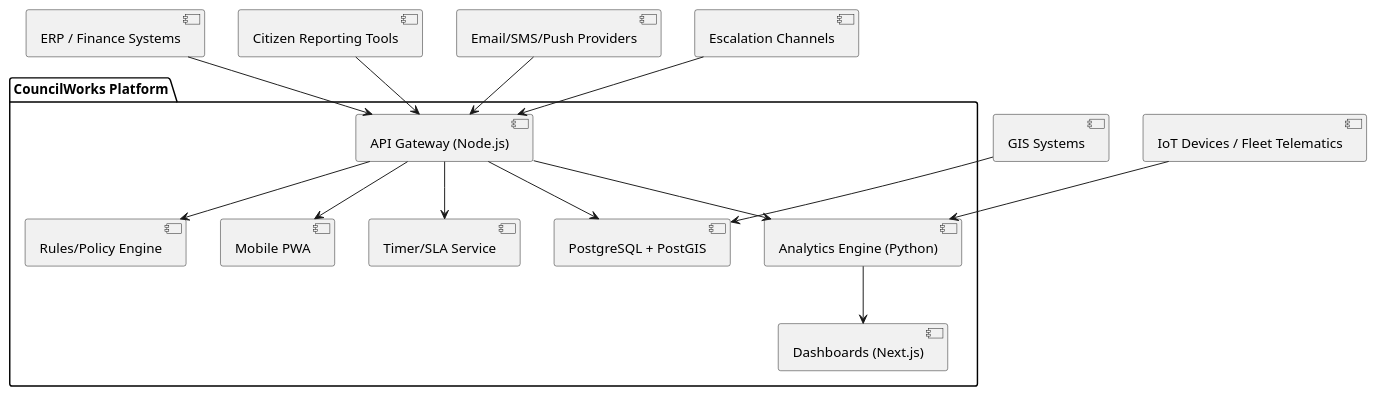
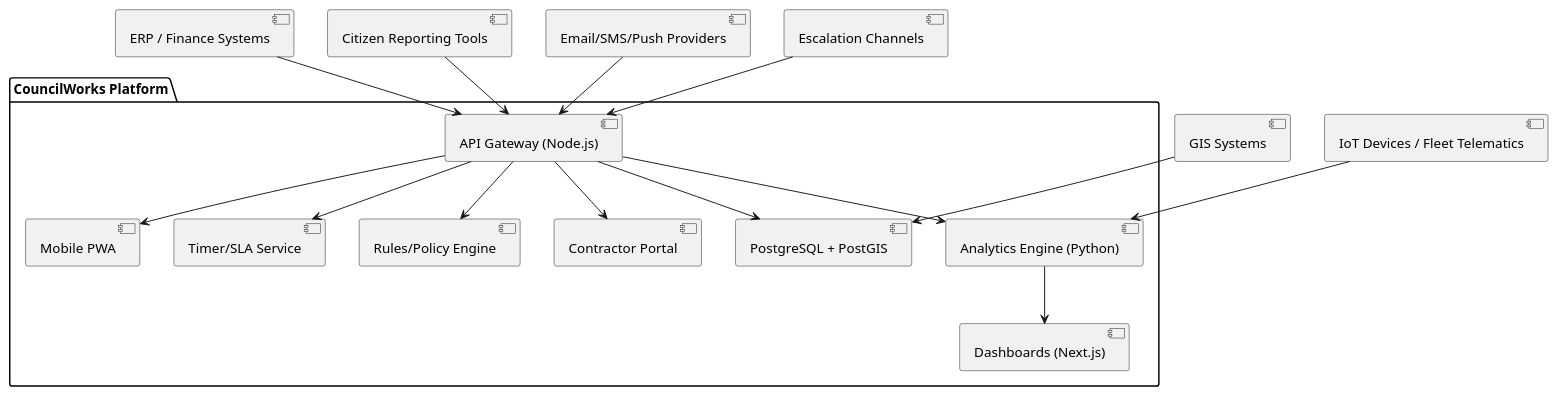
Before and after one commit to Duds/CouncilWorks: the first of 2 diagrams in docs/architecture/SAD.md, drawn with PlantUML. The commit also changed other lines of this file and 1 other file, not shown here.

````diff
--- a/docs/architecture/SAD.md
+++ b/docs/architecture/SAD.md
@@ -96,19 +97,20 @@
 ```puml
 @startuml
 package "CouncilWorks Platform" {
   [API Gateway (Node.js)] --> [PostgreSQL + PostGIS]
   [API Gateway (Node.js)] --> [Analytics Engine (Python)]
   [Analytics Engine (Python)] --> [Dashboards (Next.js)]
   [API Gateway (Node.js)] --> [Mobile PWA]
   [API Gateway (Node.js)] --> [Timer/SLA Service]
   [API Gateway (Node.js)] --> [Rules/Policy Engine]
+  [API Gateway (Node.js)] --> [Contractor Portal]
 }
 
 [ERP / Finance Systems] --> [API Gateway (Node.js)]
 [Citizen Reporting Tools] --> [API Gateway (Node.js)]
 [GIS Systems] --> [PostgreSQL + PostGIS]
 [IoT Devices / Fleet Telematics] --> [Analytics Engine (Python)]
 [Email/SMS/Push Providers] --> [API Gateway (Node.js)]
 [Escalation Channels] --> [API Gateway (Node.js)]
 @enduml
 ```
````
